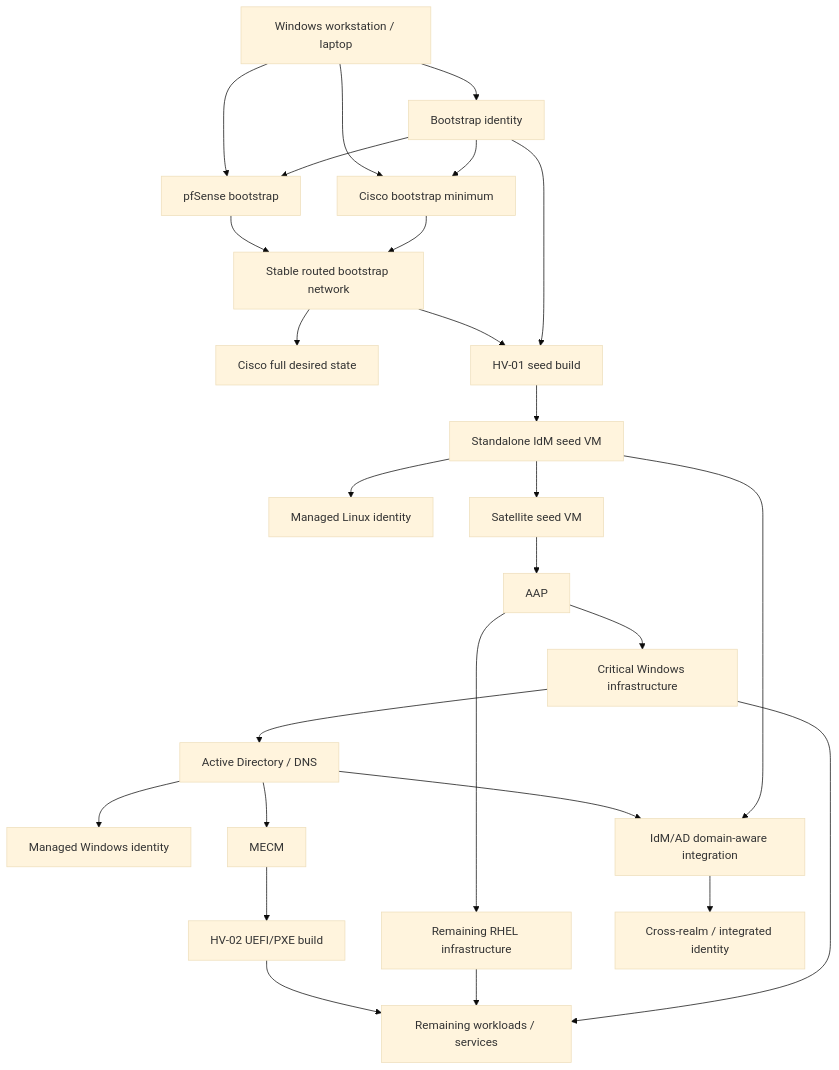
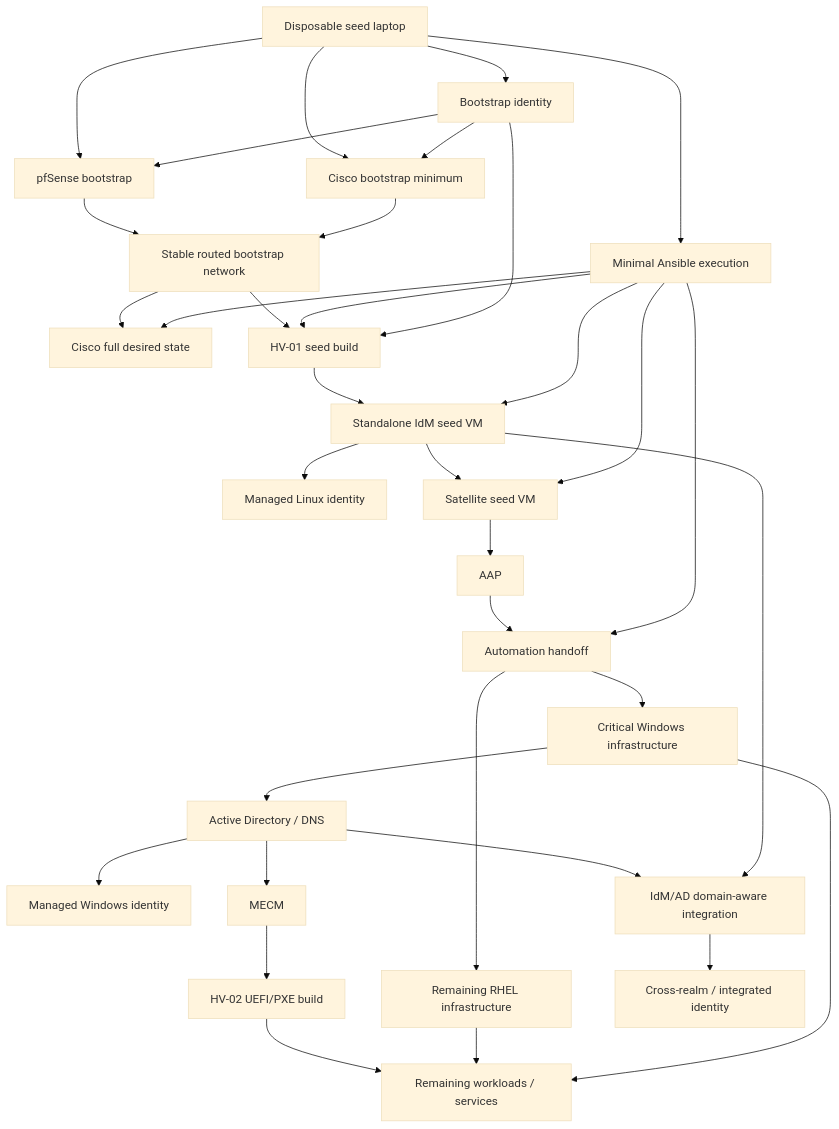
Before and after one commit to rathbunr/Operation-Desired-State: the diagram in docs/BOOTSTRAP-ARCHITECTURE-DRAFT.md, drawn with Mermaid (base theme). The commit also changed other lines of this file, not shown here.

Commit message:
Refine disposable seed node and early Ansible transition

````diff
--- a/docs/BOOTSTRAP-ARCHITECTURE-DRAFT.md
+++ b/docs/BOOTSTRAP-ARCHITECTURE-DRAFT.md
@@ -186,29 +226,36 @@
 ```mermaid
 flowchart TD
-    LAPTOP[Windows workstation / laptop] --> BOOTID[Bootstrap identity]
+    LAPTOP[Disposable seed laptop] --> BOOTID[Bootstrap identity]
+    LAPTOP --> ANSBOOT[Minimal Ansible execution]
     LAPTOP --> PFSENSE[pfSense bootstrap]
     LAPTOP --> CISCOBOOT[Cisco bootstrap minimum]
     BOOTID --> PFSENSE
     BOOTID --> CISCOBOOT
     PFSENSE --> NET[Stable routed bootstrap network]
     CISCOBOOT --> NET
     NET --> CISCOFULL[Cisco full desired state]
     NET --> HV1[HV-01 seed build]
+    ANSBOOT --> CISCOFULL
+    ANSBOOT --> HV1
     BOOTID --> HV1
     HV1 --> IDM[Standalone IdM seed VM]
+    ANSBOOT --> IDM
     IDM --> LINUXID[Managed Linux identity]
     IDM --> SAT[Satellite seed VM]
+    ANSBOOT --> SAT
     SAT --> AAP[AAP]
-    AAP --> LINUX[Remaining RHEL infrastructure]
-    AAP --> WIN[Critical Windows infrastructure]
+    AAP --> HANDOFF[Automation handoff]
+    ANSBOOT --> HANDOFF
+    HANDOFF --> LINUX[Remaining RHEL infrastructure]
+    HANDOFF --> WIN[Critical Windows infrastructure]
     WIN --> AD[Active Directory / DNS]
     AD --> WINID[Managed Windows identity]
     AD --> MECM[MECM]
     MECM --> HV2[HV-02 UEFI/PXE build]
     AD --> IDMINT[IdM/AD domain-aware integration]
     IDM --> IDMINT
     IDMINT --> TRUST[Cross-realm / integrated identity]
     HV2 --> REST[Remaining workloads / services]
     LINUX --> REST
     WIN --> REST
 ```
````
